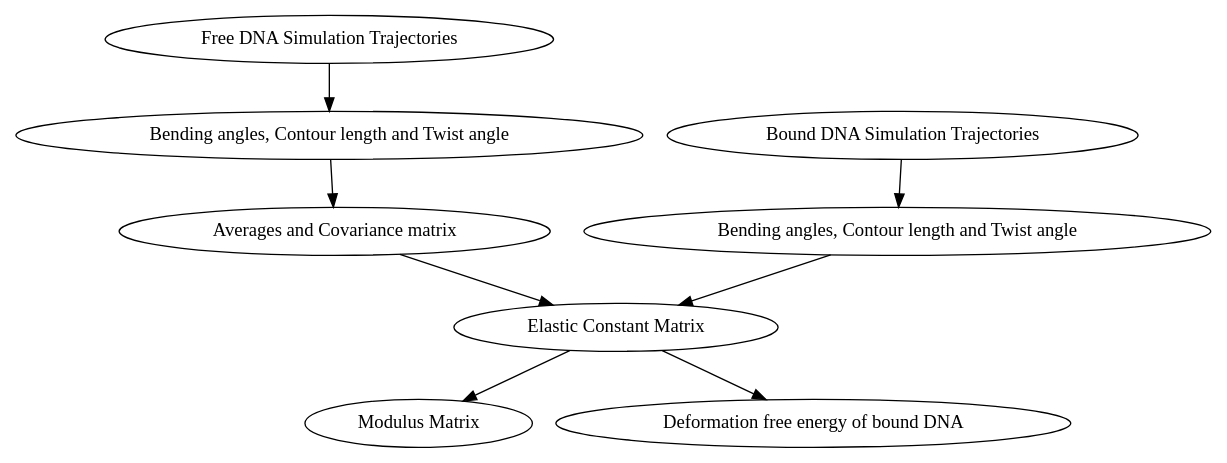
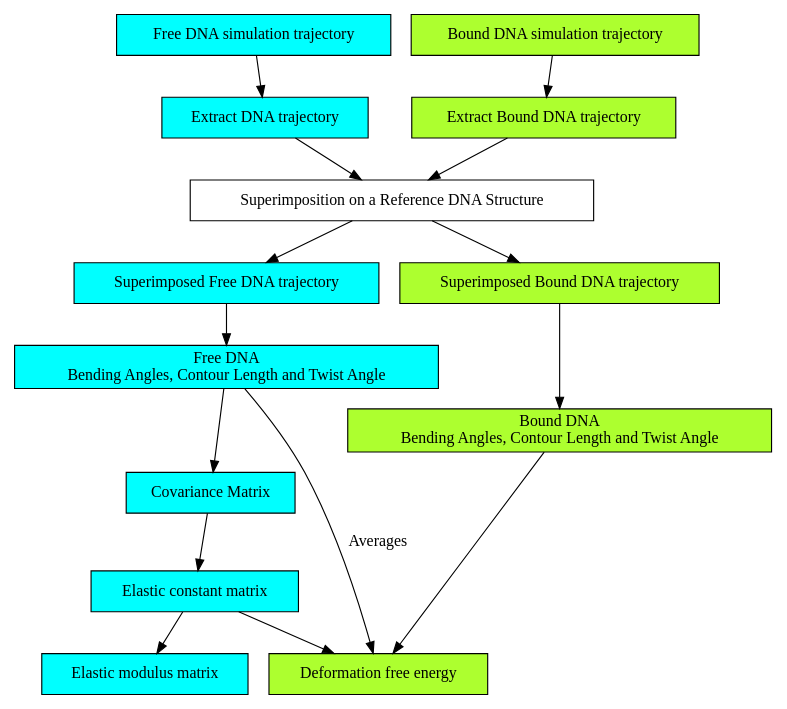
One commit to rjdkmr/do_x3dna changed the diagram in docs/about_dna_elasticity.rst. Above: the diagram before and after it, drawn with Graphviz. The commit also changed other lines of this file and 23 other files, not shown here.

```diff
--- a/docs/about_dna_elasticity.rst
+++ b/docs/about_dna_elasticity.rst
@@ -28,16 +28,27 @@
 .. graphviz::
 
    digraph {
-        a -> b-> c -> d -> e
-        g -> h -> d -> f
+        size = "8,12"
+        node [shape=box style=filled]
 
-        a [label = "Free DNA Simulation Trajectories"];
-        b [label = "Bending angles, Contour length and Twist angle"];
-        c [label = "Averages and Covariance matrix"];
-        d [label = "Elastic Constant Matrix"];
-        e [label = "Modulus Matrix"];
-        f [label = "Deformation free energy of bound DNA"];
+        a -> b-> c -> d -> e -> f -> g -> h
+        i -> j -> c -> k -> l -> m
+        e -> m [label = "Averages"]
+        g -> m
 
-        g [label = "Bound DNA Simulation Trajectories"]
-        h [label = "Bending angles, Contour length and Twist angle"];
+        a [ fillcolor=cyan label = "Free DNA simulation trajectory"];
+        b [ fillcolor=cyan label = "Extract DNA trajectory"];
+        c [ fillcolor=none        label = "Superimposition on a Reference DNA Structure"];
+        d [ fillcolor=cyan label = "Superimposed Free DNA trajectory"];
+        e [ fillcolor=cyan label = "Free DNA \n Bending Angles, Contour Length and Twist Angle"];
+        f [ fillcolor=cyan label = "Covariance Matrix"];
+        g [ fillcolor=cyan label = "Elastic constant matrix"]
+        h [ fillcolor=cyan label = "Elastic modulus matrix"];
+
+        i [ fillcolor=greenyellow label = "Bound DNA simulation trajectory"];
+        j [ fillcolor=greenyellow label = "Extract Bound DNA trajectory"];
+        k [ fillcolor=greenyellow label = "Superimposed Bound DNA trajectory"];
+        l [ fillcolor=greenyellow label = "Bound DNA \n Bending Angles, Contour Length and Twist Angle"];
+        m [ fillcolor=greenyellow label = "Deformation free energy"];
+
    }
```
